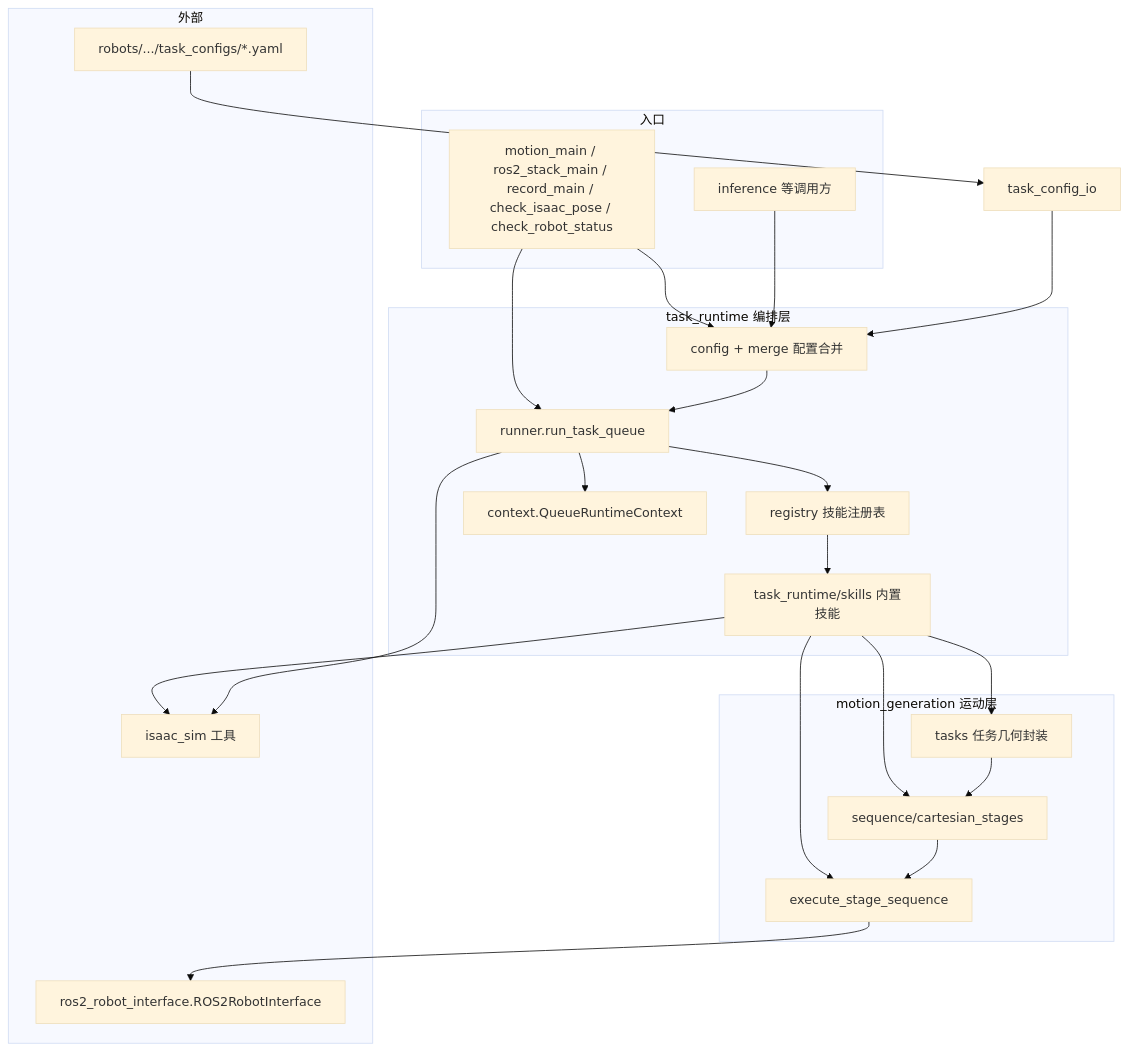
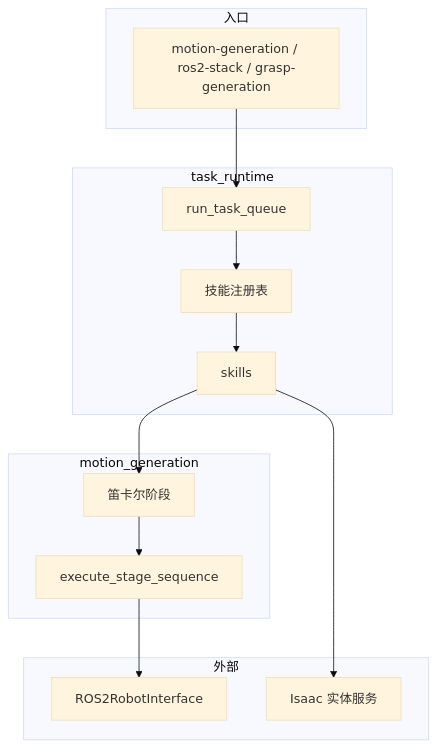
One commit to fiveages-sim/robot_action_composer changed the diagram in README.md. Above: the diagram before and after it, drawn with Mermaid (base theme). The commit also changed other lines of this file, not shown here.

````diff
--- a/README.md
+++ b/README.md
@@ -45,45 +114,23 @@
 ```mermaid
 flowchart TB
   subgraph entry [入口]
-    CLI[motion_main / ros2_stack_main / record_main / check_isaac_pose / check_robot_status]
-    INF[inference 等调用方]
+    CLI[motion-generation / ros2-stack / grasp-generation]
   end
-
-  subgraph tr [task_runtime 编排层]
-    R[runner.run_task_queue]
-    REG[registry 技能注册表]
-    SK[task_runtime/skills 内置技能]
-    CFG[config + merge 配置合并]
-    CTX[context.QueueRuntimeContext]
+  subgraph tr [task_runtime]
+    R[run_task_queue]
+    REG[技能注册表]
+    SK[skills]
   end
-
-  subgraph mg [motion_generation 运动层]
-    SEQ[sequence/cartesian_stages]
-    TSK[tasks 任务几何封装]
+  subgraph mg [motion_generation]
+    SEQ[笛卡尔阶段]
     EX[execute_stage_sequence]
   end
-
   subgraph ext [外部]
-    RI[ros2_robot_interface.ROS2RobotInterface]
-    ISA[isaac_sim 工具]
-    YAML[robots/.../task_configs/*.yaml]
+    RI[ROS2RobotInterface]
+    ISA[Isaac 实体服务]
   end
-
-  CLI --> CFG
   CLI --> R
-  INF --> CFG
-  YAML --> task_config_io
-  task_config_io --> CFG
-  CFG --> R
-  R --> CTX
-  R --> REG
-  REG --> SK
-  SK --> SEQ
-  SK --> TSK
-  TSK --> SEQ
-  SK --> EX
-  SEQ --> EX
-  EX --> RI
+  R --> REG --> SK
+  SK --> SEQ --> EX --> RI
   SK --> ISA
-  R --> ISA
 ```
````
